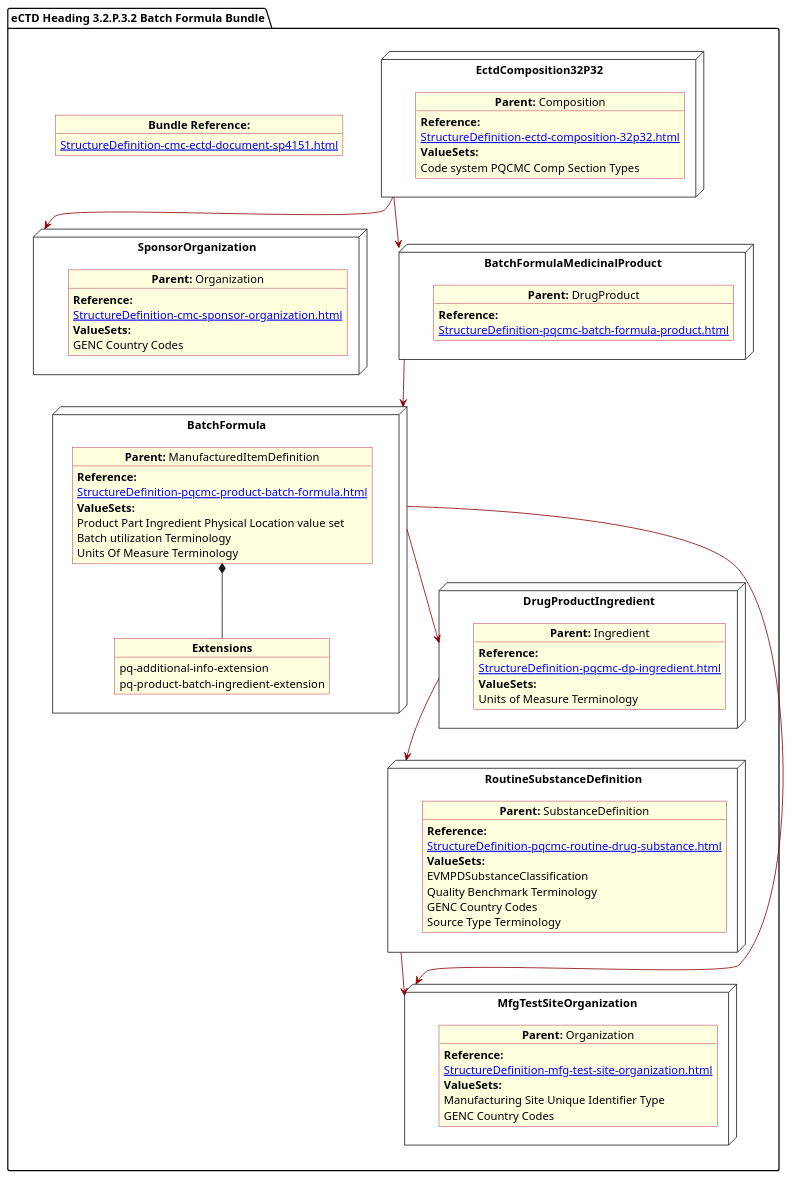
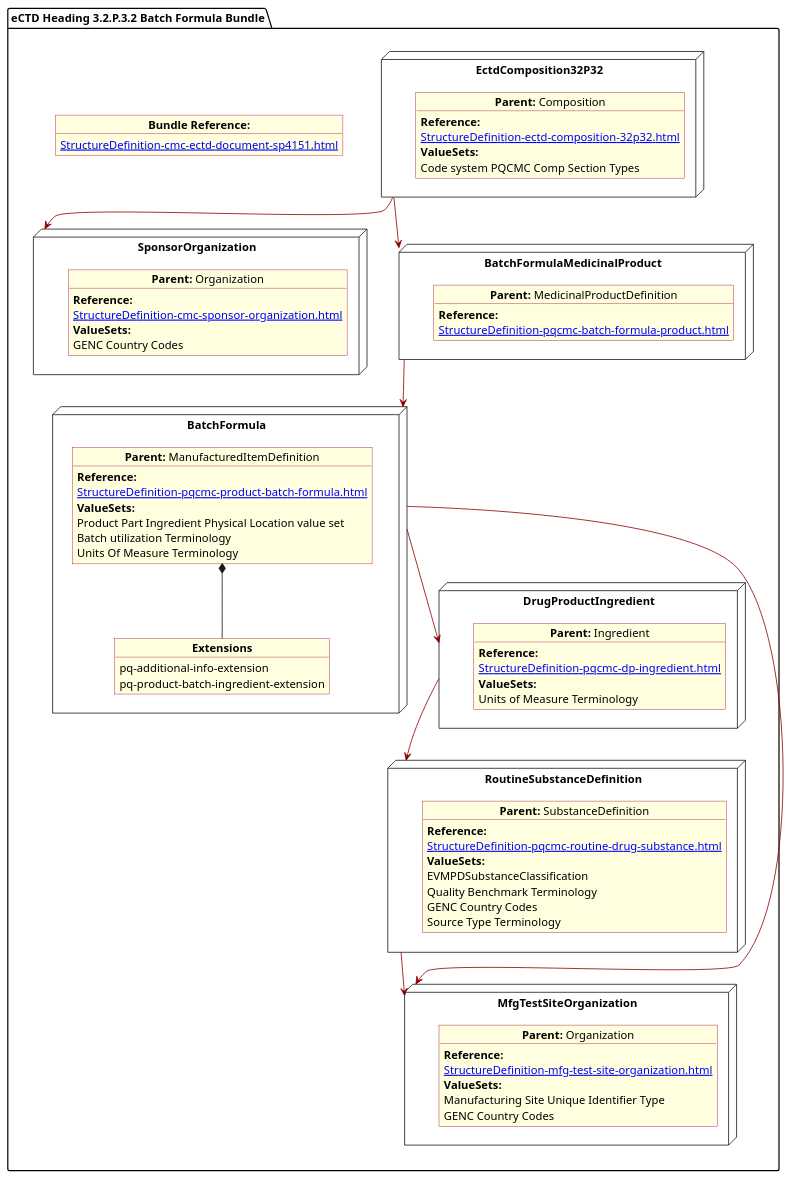
Before and after one commit to HL7/FHIR-us-pq-cmc-fda: the diagram in input/images-source/BatchForm.plantuml, drawn with PlantUML. The commit also changed 30 other files, not shown here.

```diff
--- a/input/images-source/BatchForm.plantuml
+++ b/input/images-source/BatchForm.plantuml
@@ -1,100 +1,100 @@
 @startuml BatchForm
 allowmixing
 'Mixed model of use case and object
 skinparam svgDimensionStyle false
 skinparam ObjectBackgroundColor LightYellow
 skinparam ObjectBorderColor #A80036
 skinparam activityDiamondBorderColor #A80036
 skinparam activityDiamondBackgroundColor lawnGreen
 skinparam ClassBorderThickness 4
 
 package "eCTD Heading 3.2.P.3.2 Batch Formula Bundle" as NODES {
 
    object "**Bundle Reference:**" as objbun {
               [[StructureDefinition-cmc-ectd-document-sp4151.html]]
     }  
 
  
 node "SponsorOrganization" as NSO { 
       object "**Parent:** Organization" as objAu {
         **Reference:**
       [[StructureDefinition-cmc-sponsor-organization.html]]
         **ValueSets:**
         GENC Country Codes
     }
 }
 
 node "DrugProductIngredient" as NNgred { 
       object "**Parent:** Ingredient" as obj10 {
              **Reference:**
       [[StructureDefinition-pqcmc-dp-ingredient.html]]
         **ValueSets:**
         Units of Measure Terminology    
       }      
 
 }
  node "EctdComposition32P32" as N1 { 
       object "**Parent:** Composition" as obj1 {
                    **Reference:**
       [[StructureDefinition-ectd-composition-32p32.html]]
       **ValueSets:**
   Code system PQCMC Comp Section Types
     }
      
 }
 node "MfgTestSiteOrganization" as NMFG { 
       object "**Parent:** Organization" as objDP {
                    **Reference:**
       [[StructureDefinition-mfg-test-site-organization.html]]
          **ValueSets:**
         Manufacturing Site Unique Identifier Type
 	    GENC Country Codes
     }
 }
 
 node "RoutineSubstanceDefinition" as NNS { 
       object "**Parent:** SubstanceDefinition" as obj4 {
                    **Reference:**
       [[StructureDefinition-pqcmc-routine-drug-substance.html]]
                 **ValueSets:**
                 EVMPDSubstanceClassification
                 Quality Benchmark Terminology
                 GENC Country Codes
                 Source Type Terminology
       }  
 }
 node "BatchFormulaMedicinalProduct" as NN2 { 
-      object "**Parent:** DrugProduct" as obj32 {
+      object "**Parent:** MedicinalProductDefinition" as obj32 {
                    **Reference:**
       [[StructureDefinition-pqcmc-batch-formula-product.html]]
           
       }
 }
 
 node "BatchFormula" as NN { 
       object "**Parent:** ManufacturedItemDefinition" as obj3 {
          **Reference:**
       [[StructureDefinition-pqcmc-product-batch-formula.html]]
         **ValueSets:**
         Product Part Ingredient Physical Location value set        
         Batch utilization Terminology
         Units Of Measure Terminology
       } 
       object "**Extensions**" as objExs2 {
         pq-additional-info-extension
         pq-product-batch-ingredient-extension
 }
 
  obj3 *-- objExs2     
 }
 
 NN -[#darkred]-> NMFG
 NN -[#darkred]-> NNgred
 NN2 -[#darkred]-> NN
 N1 -[#darkred]-> NN2
 N1 -[#darkred]-> NSO        
 NNS -[#darkred]-> NMFG
 NNgred -[#darkred]-> NNS
 
 }
 @enduml
```
